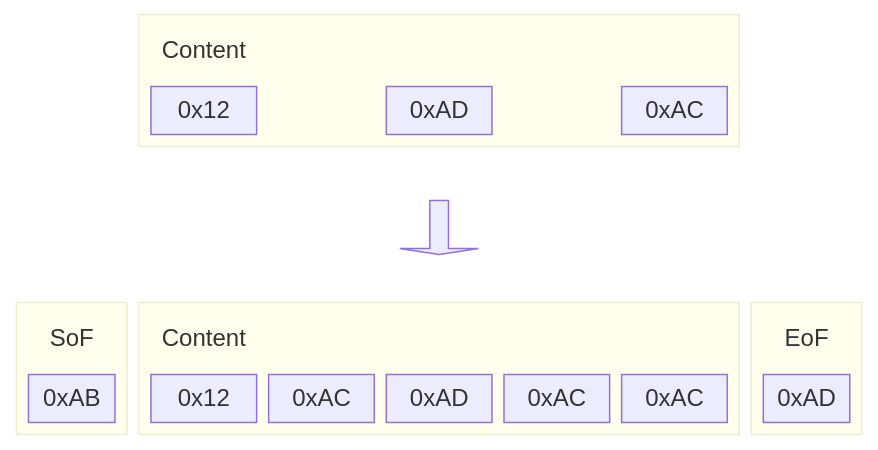
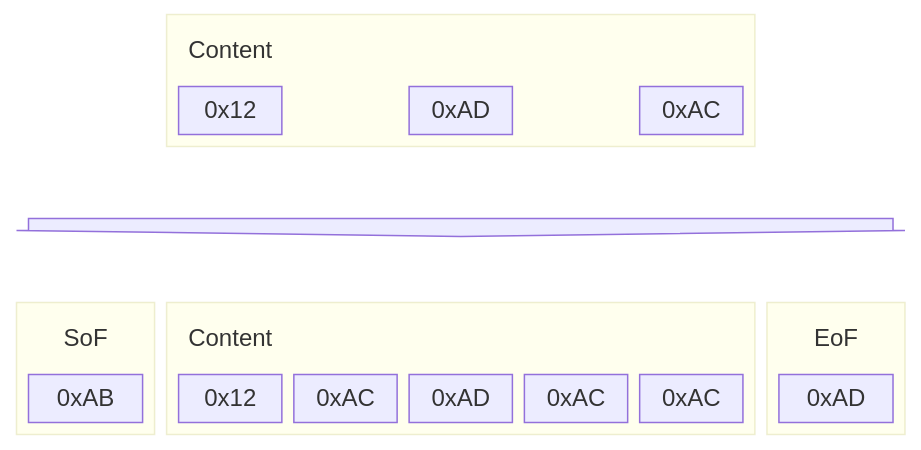
Before and after one commit to a21step3/zmk: the second of 2 diagrams in docs/docs/development/studio-rpc-protocol.md, drawn with Mermaid. The commit also changed other lines of this file and 1389 other files, not shown here.

````diff
--- a/docs/docs/development/studio-rpc-protocol.md
+++ b/docs/docs/development/studio-rpc-protocol.md
@@ -83,43 +83,43 @@
 ```mermaid
-block
-  columns 7
+block-beta
+  columns 6
 
   space:1
-  block:group1:5
+  block:group1:4
     columns 5
     contentLabel["Content"]:1 space:4
     OrigA["0x12"] space OrigB["0xAD"] space OrigC["0xAC"]
   end
 
   space:1
 
-  space:3 downArrow<["&nbsp;"]>(down) space:3
+  down<[" "]>(down):6
 
   block:groupSoF:1
     columns 1
     SoFLabel["SoF"]
     SoF["0xAB"]
   end
 
-  block:group2:5
+  block:group2:4
     columns 5
     contentLabel2["Content"]:1 space:4
     EncA["0x12"]
     EscB["0xAC"]
     EncB["0xAD"]
     EscC["0xAC"]
     EncC["0xAC"]
   end
   block:groupEoF:1
     columns 1
     EoFLabel["EoF"]
     0xAD
   end
 
   class contentLabel boxLabel
   class contentLabel2 boxLabel
   class SoFLabel boxLabel
   class EoFLabel boxLabel
 
   classDef boxLabel stroke:transparent,fill:transparent
 ```
````
